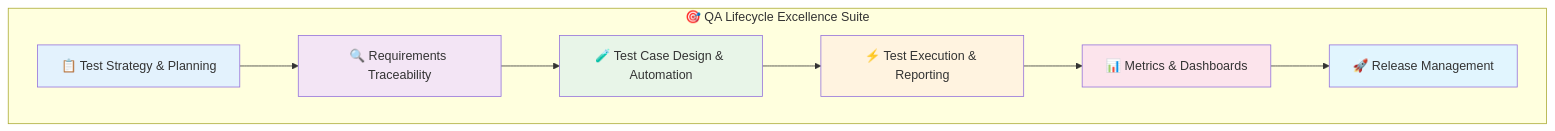
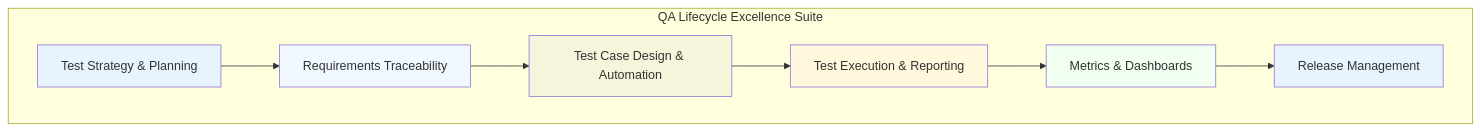
Before and after one commit to Tasmimdristy7/qa-lifecycle-suite: the first of 10 diagrams in visuals/qa-skills-showcase.md, drawn with Mermaid. The commit also changed other lines of this file and 3 other files, not shown here.

````diff
--- a/visuals/qa-skills-showcase.md
+++ b/visuals/qa-skills-showcase.md
@@ -5,24 +5,24 @@
 ```mermaid
 graph TB
-    subgraph "🎯 QA Lifecycle Excellence Suite"
-        A[📋 Test Strategy & Planning]
-        B[🔍 Requirements Traceability]
-        C[🧪 Test Case Design & Automation]
-        D[⚡ Test Execution & Reporting]
-        E[📊 Metrics & Dashboards]
-        F[🚀 Release Management]
+    subgraph "QA Lifecycle Excellence Suite"
+        A[Test Strategy & Planning]
+        B[Requirements Traceability]
+        C[Test Case Design & Automation]
+        D[Test Execution & Reporting]
+        E[Metrics & Dashboards]
+        F[Release Management]
     end
     
     A --> B
     B --> C
     C --> D
     D --> E
     E --> F
     
-    style A fill:#e3f2fd
-    style B fill:#f3e5f5
-    style C fill:#e8f5e8
-    style D fill:#fff3e0
-    style E fill:#fce4ec
-    style F fill:#e1f5fe
+    style A fill:#e8f4fd
+    style B fill:#f0f8ff
+    style C fill:#f5f5dc
+    style D fill:#fff8dc
+    style E fill:#f0fff0
+    style F fill:#e8f4fd
 ```
````
